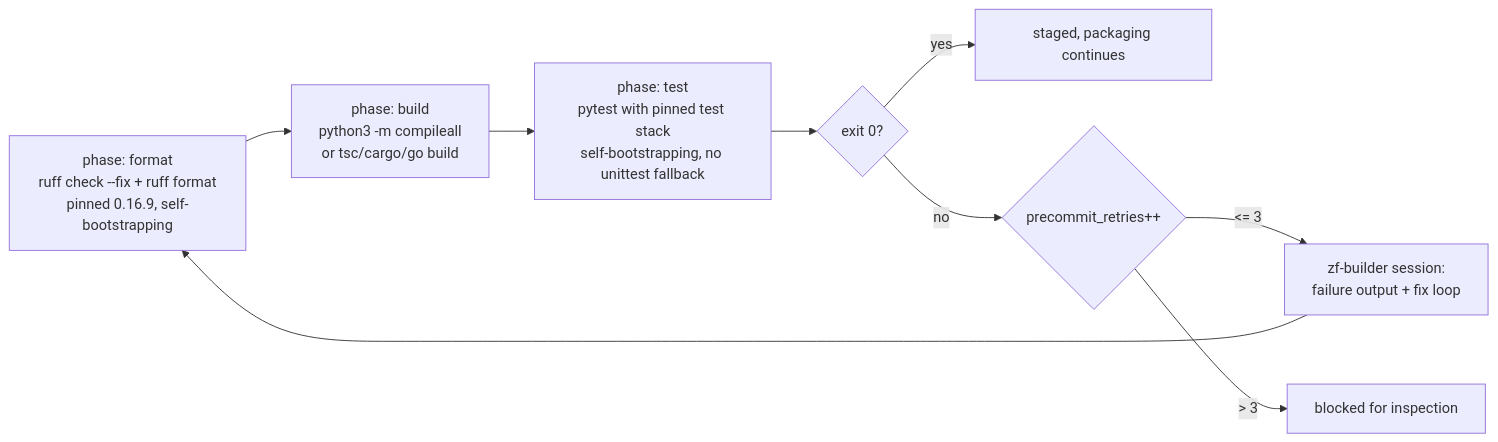
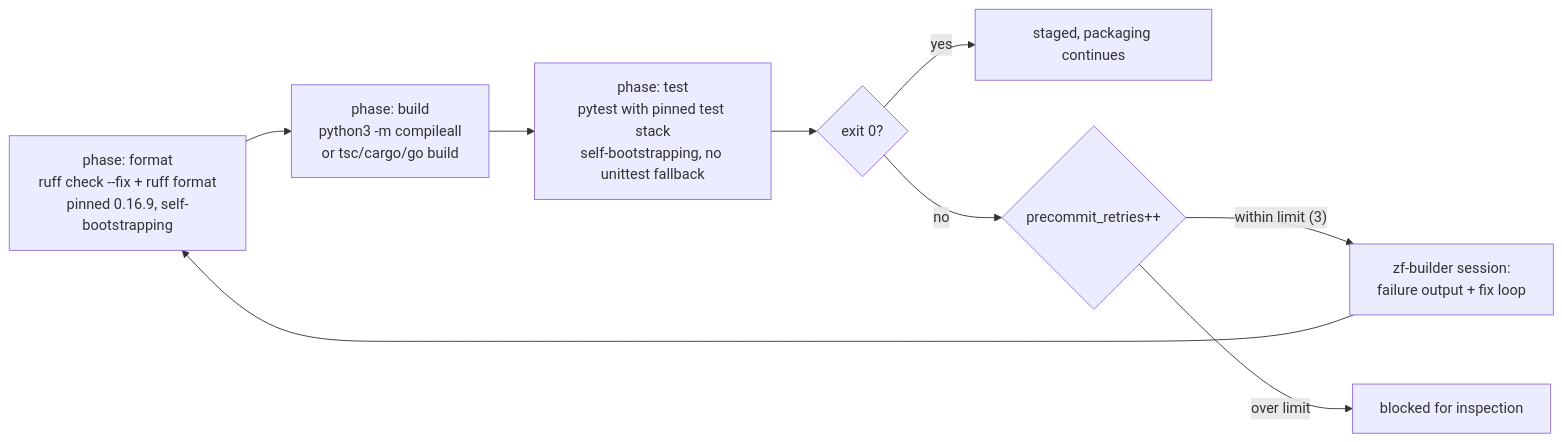
One commit to hotcode-dev/zerofactory changed the sixth of 11 diagrams in docs/FLOWS.md. Above: the diagram before and after it, drawn with Mermaid. The commit also changed other lines of this file, not shown here.

Commit message:
fix: update flowchart placeholders for clarity and consistency

````diff
--- a/docs/FLOWS.md
+++ b/docs/FLOWS.md
@@ -271,11 +271,11 @@
 ```mermaid
 flowchart LR
     F["phase: format<br/>ruff check --fix + ruff format<br/>pinned 0.16.9, self-bootstrapping"] --> B["phase: build<br/>python3 -m compileall<br/>or tsc/cargo/go build"]
     B --> T["phase: test<br/>pytest with pinned test stack<br/>self-bootstrapping, no unittest fallback"]
     T --> P{"exit 0?"}
     P -->|yes| OK["staged, packaging continues"]
     P -->|no| R{"precommit_retries++"}
-    R -->|"<= 3"| FIX["zf-builder session:<br/>failure output + fix loop"]
+    R -->|"within limit (3)"| FIX["zf-builder session:<br/>failure output + fix loop"]
     FIX --> F
-    R -->|"> 3"| BLOCK["blocked for inspection"]
+    R -->|"over limit"| BLOCK["blocked for inspection"]
 ```
````
